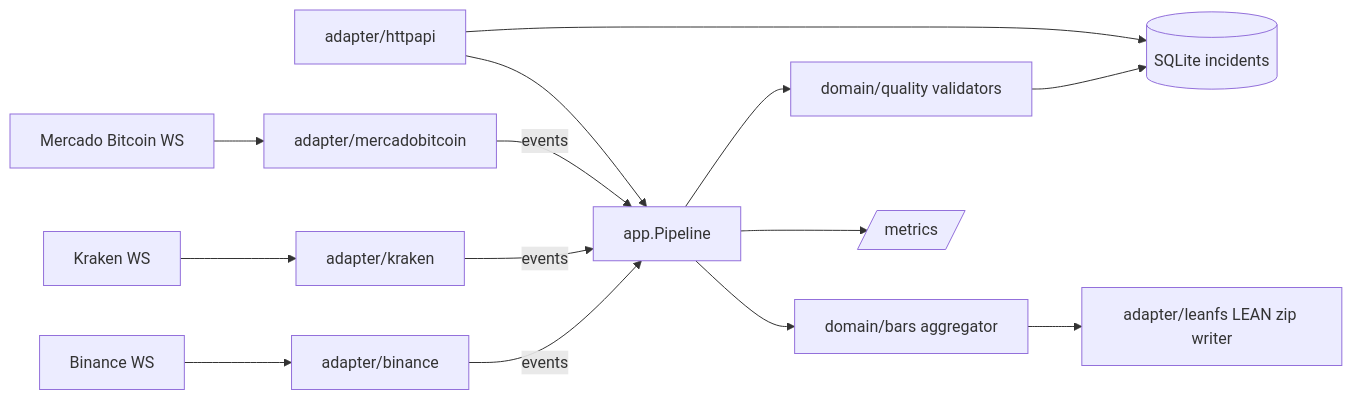
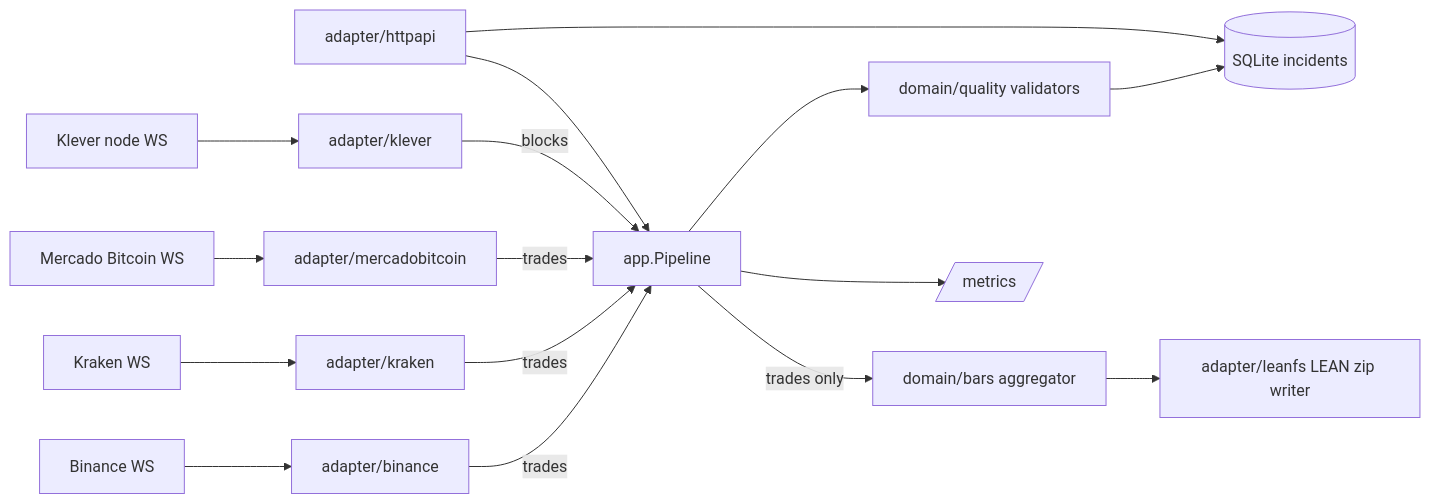
One commit to Amadeus-22/tekel changed the diagram in README.md. Above: the diagram before and after it, drawn with Mermaid. The commit also changed other lines of this file and 3 other files, not shown here.

Commit message:
docs: KleverChain block feed (ADR 0007, README, architecture)

````diff
--- a/README.md
+++ b/README.md
@@ -63,16 +67,18 @@
 ```mermaid
 flowchart LR
   B[Binance WS] --> CB[adapter/binance]
   K[Kraken WS] --> CK[adapter/kraken]
   MB[Mercado Bitcoin WS] --> CM[adapter/mercadobitcoin]
-  CB -- events --> P[app.Pipeline]
-  CK -- events --> P
-  CM -- events --> P
+  KN[Klever node WS] --> CKL[adapter/klever]
+  CB -- trades --> P[app.Pipeline]
+  CK -- trades --> P
+  CM -- trades --> P
+  CKL -- blocks --> P
   P --> V[domain/quality validators]
   V --> I[(SQLite incidents)]
-  P --> A[domain/bars aggregator]
+  P -- trades only --> A[domain/bars aggregator]
   A --> L[adapter/leanfs LEAN zip writer]
   P --> M[/metrics/]
   H[adapter/httpapi] --> I
   H --> P
 ```
````
